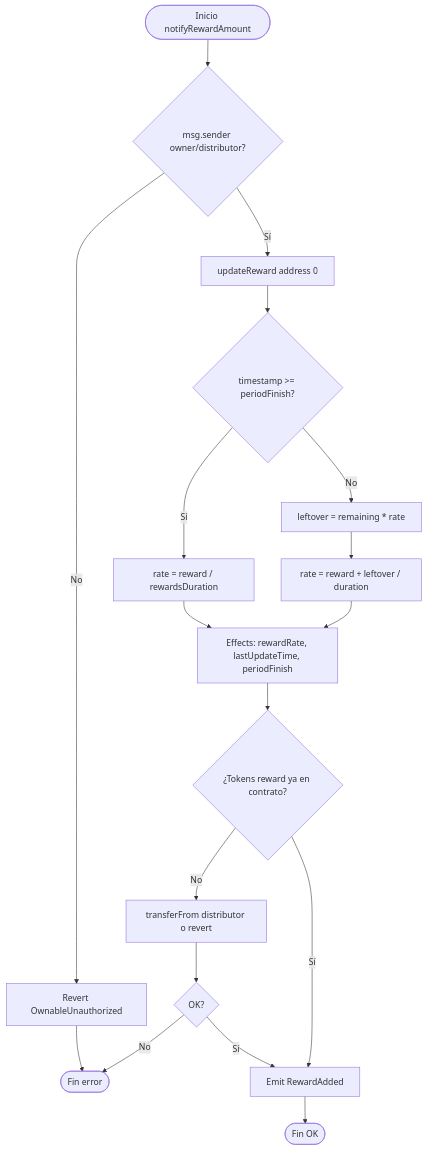
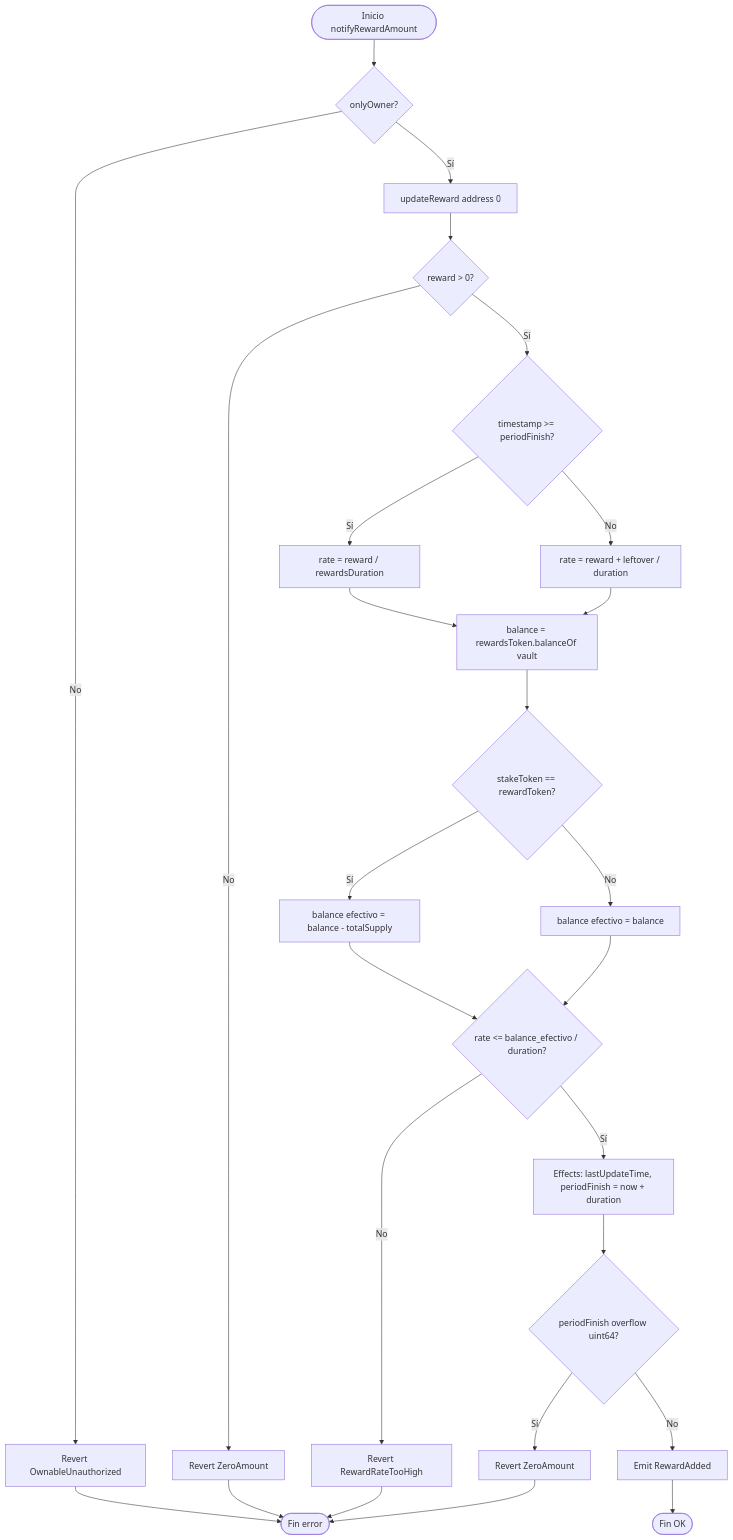
One commit to rastrahm/staking changed the seventh of 10 diagrams in doc/03-flujograma.md. Above: the diagram before and after it, drawn with Mermaid. The commit also changed other lines of this file and 9 other files, not shown here.

````diff
--- a/doc/03-flujograma.md
+++ b/doc/03-flujograma.md
@@ -104,20 +122,29 @@
 ```mermaid
 flowchart TD
-    A([Inicio notifyRewardAmount]) --> B{msg.sender owner/distributor?}
+    A([Inicio notifyRewardAmount]) --> B{onlyOwner?}
     B -->|No| C[Revert OwnableUnauthorized]
     C --> Z([Fin error])
     B -->|Sí| D[updateReward address 0]
-    D --> E{timestamp >= periodFinish?}
-    E -->|Sí| F["rate = reward / rewardsDuration"]
-    E -->|No| G["leftover = remaining * rate"]
-    G --> H["rate = reward + leftover / duration"]
-    F --> I[Effects: rewardRate, lastUpdateTime, periodFinish]
-    H --> I
-    I --> J{¿Tokens reward ya en contrato?}
-    J -->|No| K[transferFrom distributor o revert]
-    K --> L{OK?}
-    L -->|No| Z
-    L -->|Sí| M[Emit RewardAdded]
-    J -->|Sí| M
-    M --> N([Fin OK])
+    D --> E{reward > 0?}
+    E -->|No| F[Revert ZeroAmount]
+    F --> Z
+    E -->|Sí| G{timestamp >= periodFinish?}
+    G -->|Sí| H["rate = reward / rewardsDuration"]
+    G -->|No| I["rate = reward + leftover / duration"]
+    H --> J
+    I --> J
+    J[balance = rewardsToken.balanceOf vault] --> K{stakeToken == rewardToken?}
+    K -->|Sí| L["balance efectivo = balance - totalSupply"]
+    K -->|No| M[balance efectivo = balance]
+    L --> N
+    M --> N
+    N{"rate <= balance_efectivo / duration?"}
+    N -->|No| O[Revert RewardRateTooHigh]
+    O --> Z
+    N -->|Sí| P[Effects: lastUpdateTime, periodFinish = now + duration]
+    P --> Q{periodFinish overflow uint64?}
+    Q -->|Sí| R[Revert ZeroAmount]
+    R --> Z
+    Q -->|No| S[Emit RewardAdded]
+    S --> T([Fin OK])
 ```
````
